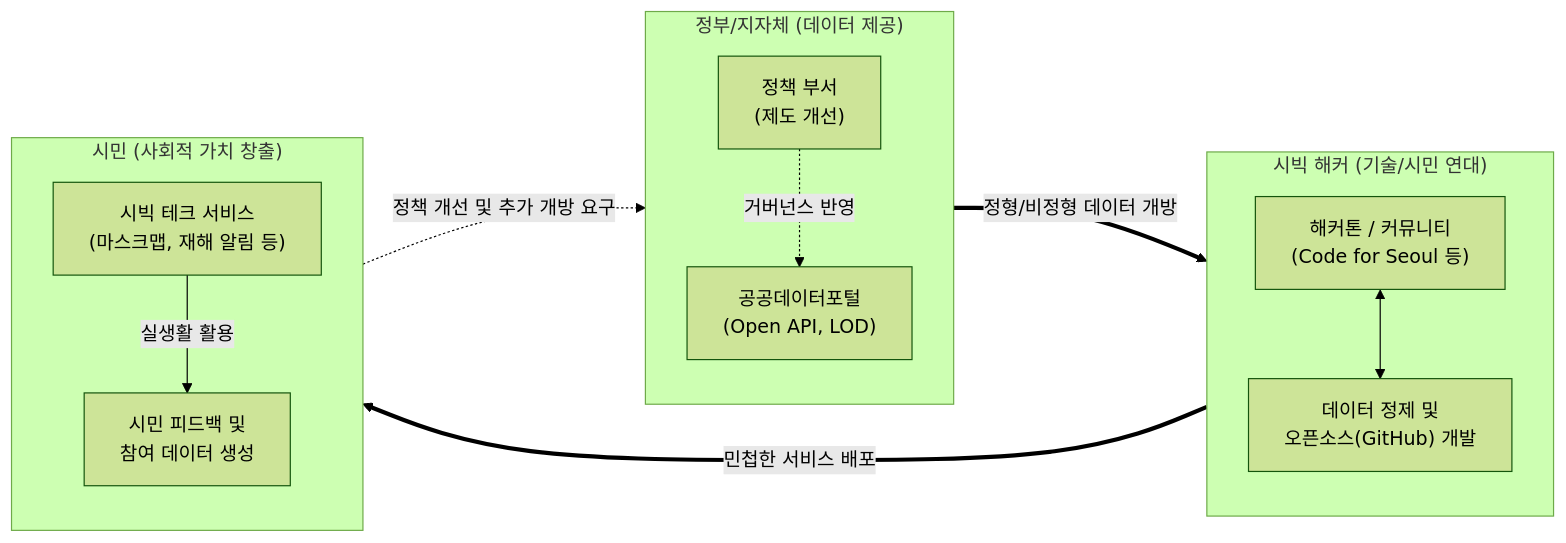
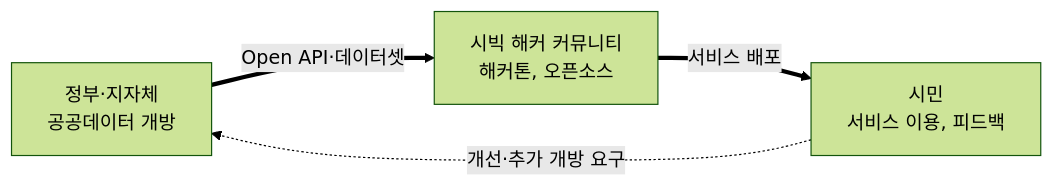
One commit to supremethumb/supremethumb.github.io changed the diagram in content/01_IT Tech/시빅 해킹.md. Above: the diagram before and after it, drawn with Mermaid (forest theme). The commit also changed other lines of this file and 1087 other files, not shown here.

````diff
--- a/content/01_IT Tech/시빅 해킹.md
+++ b/content/01_IT Tech/시빅 해킹.md
@@ -29,29 +35,6 @@
 ```mermaid
 flowchart LR
-    subgraph Government ["정부/지자체 (데이터 제공)"]
-        direction TB
-        ODP["공공데이터포털<br/>(Open API, LOD)"]
-        Policy["정책 부서<br/>(제도 개선)"]
-    end
-
-    subgraph Civic_Hackers ["시빅 해커 (기술/시민 연대)"]
-        direction TB
-        Hackathon["해커톤 / 커뮤니티<br/>(Code for Seoul 등)"]
-        Dev["데이터 정제 및<br/>오픈소스(GitHub) 개발"]
-        
-        Hackathon <--> Dev
-    end
-
-    subgraph Public_Value ["시민 (사회적 가치 창출)"]
-        direction TB
-        App["시빅 테크 서비스<br/>(마스크맵, 재해 알림 등)"]
-        Feedback["시민 피드백 및<br/>참여 데이터 생성"]
-    end
-
-    ODP ==>|"정형/비정형 데이터 개방"| Dev
-    Dev ==>|"민첩한 서비스 배포"| App
-    App -->|"실생활 활용"| Feedback
-    Feedback -.->|"정책 개선 및 추가 개방 요구"| Policy
-    Policy -.->|"거버넌스 반영"| ODP
-
+    G["정부·지자체<br/>공공데이터 개방"] ==>|"Open API·데이터셋"| H["시빅 해커 커뮤니티<br/>해커톤, 오픈소스"]
+    H ==>|"서비스 배포"| C["시민<br/>서비스 이용, 피드백"]
+    C -.->|"개선·추가 개방 요구"| G
 ```
````
